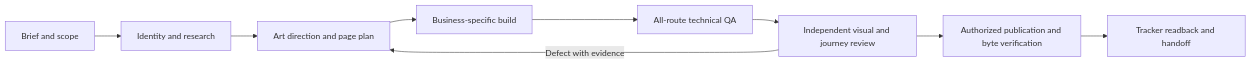
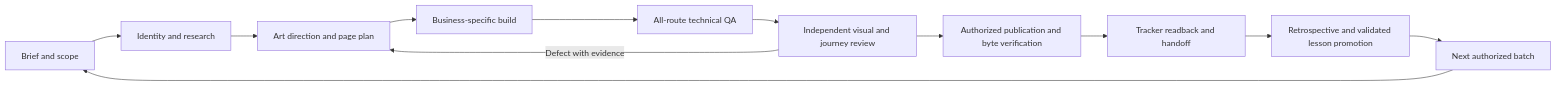
One commit to ksksrbiz-arch/proposal-ICM changed the diagram in README.md. Above: the diagram before and after it, drawn with Mermaid. The commit also changed other lines of this file and 27 other files, not shown here.

````diff
--- a/README.md
+++ b/README.md
@@ -41,11 +43,14 @@
 ```mermaid
 flowchart LR
   B[Brief and scope] --> R[Identity and research]
   R --> D[Art direction and page plan]
   D --> C[Business-specific build]
   C --> Q[All-route technical QA]
   Q --> V[Independent visual and journey review]
   V --> P[Authorized publication and byte verification]
   P --> T[Tracker readback and handoff]
+  T --> L[Retrospective and validated lesson promotion]
+  L --> N[Next authorized batch]
+  N --> B
   V -->|Defect with evidence| D
 ```
````
